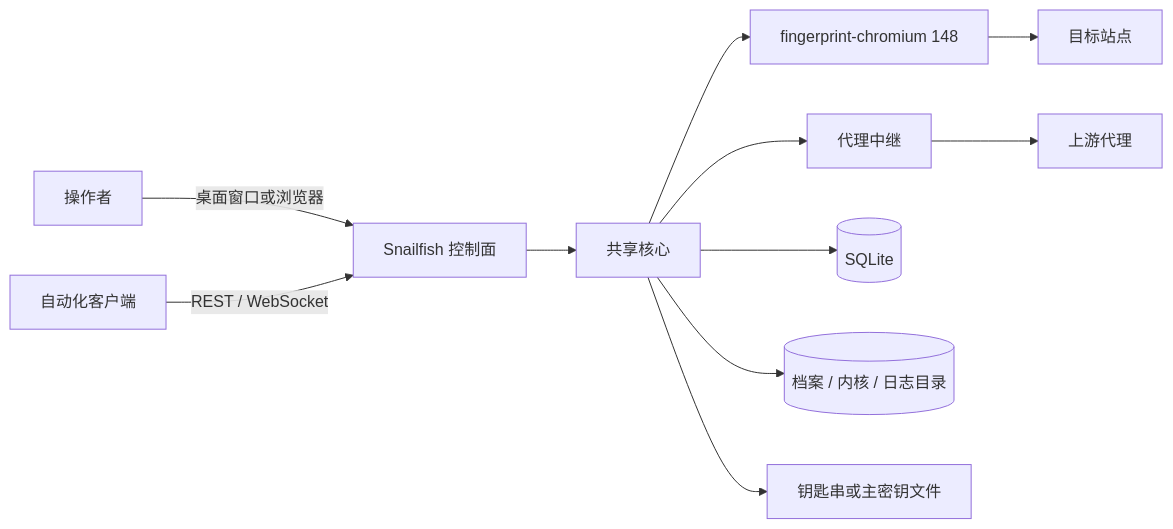
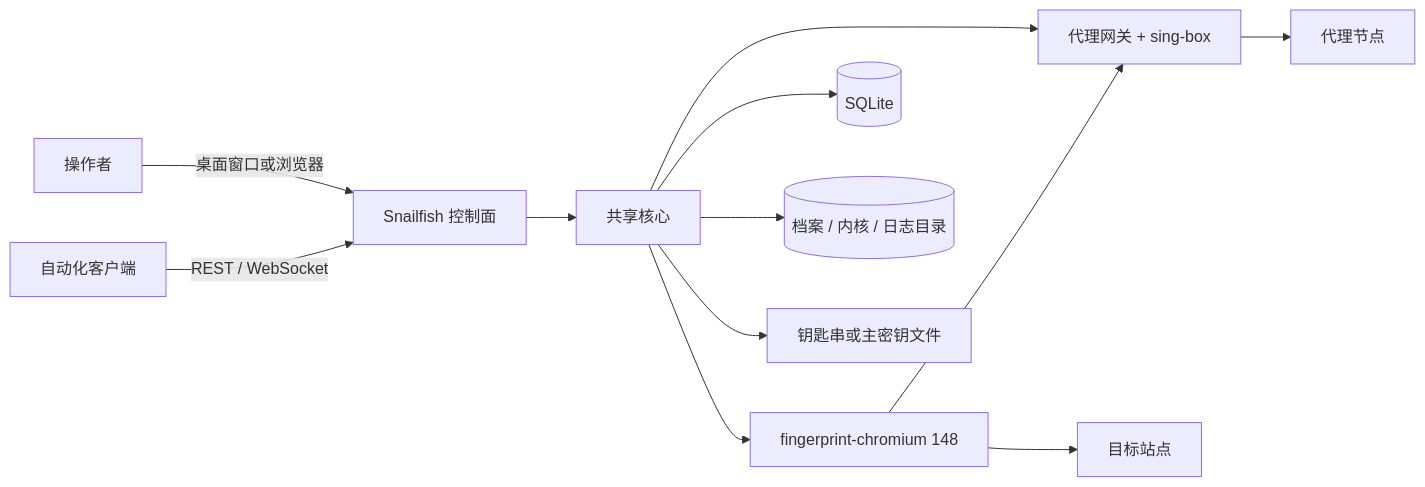
The first of 7 diagrams in docs/ARCHITECTURE.md (IvanLi-CN/mien), drawn with Mermaid before and after one commit. The commit also changed other lines of this file and 25 other files, not shown here.

````diff
--- a/docs/ARCHITECTURE.md
+++ b/docs/ARCHITECTURE.md
@@ -19,13 +20,14 @@
 ```mermaid
 flowchart LR
   Operator["操作者"] -->|"桌面窗口或浏览器"| Control["Snailfish 控制面"]
   Automation["自动化客户端"] -->|"REST / WebSocket"| Control
   Control --> Core["共享核心"]
   Core --> Kernel["fingerprint-chromium 148"]
-  Core --> Relay["代理中继"]
-  Relay --> Upstream["上游代理"]
+  Core --> Proxy["代理网关 + sing-box"]
+  Kernel --> Proxy
+  Proxy --> Upstream["代理节点"]
   Kernel --> Sites["目标站点"]
   Core --> DB[("SQLite")]
   Core --> Data[("档案 / 内核 / 日志目录")]
   Core --> Secrets["钥匙串或主密钥文件"]
 ```
````
